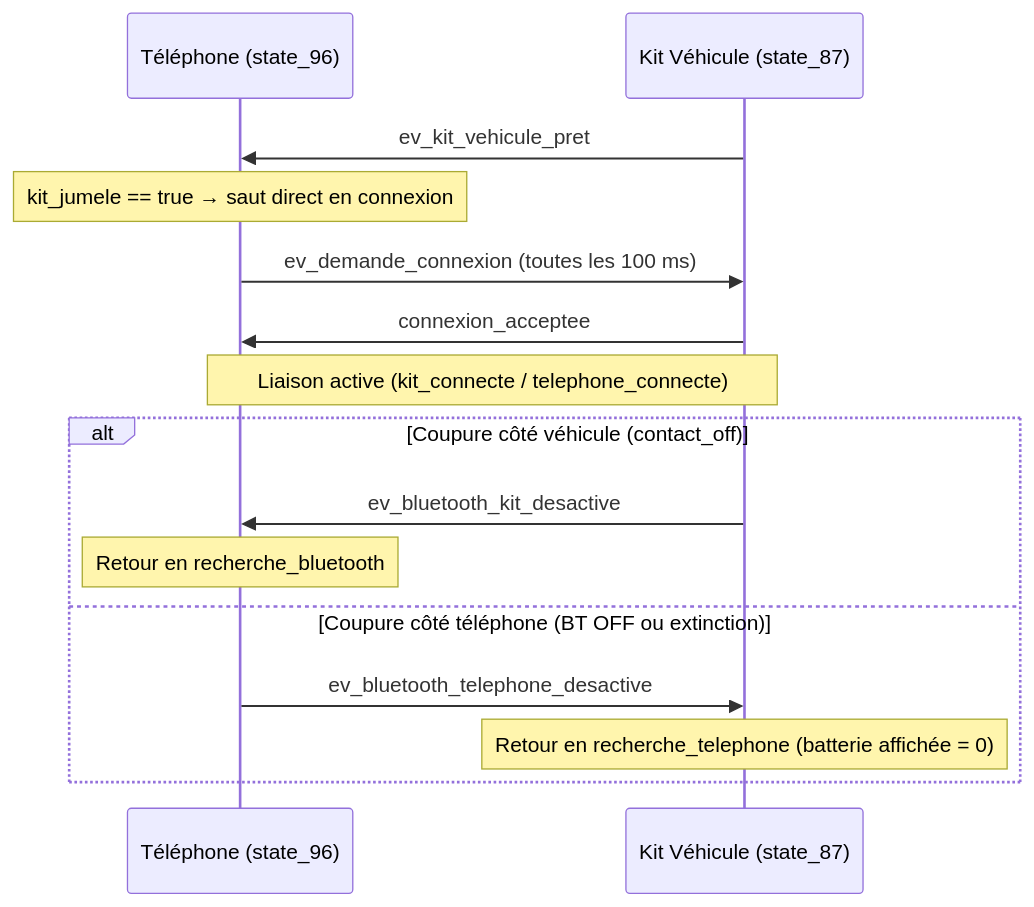
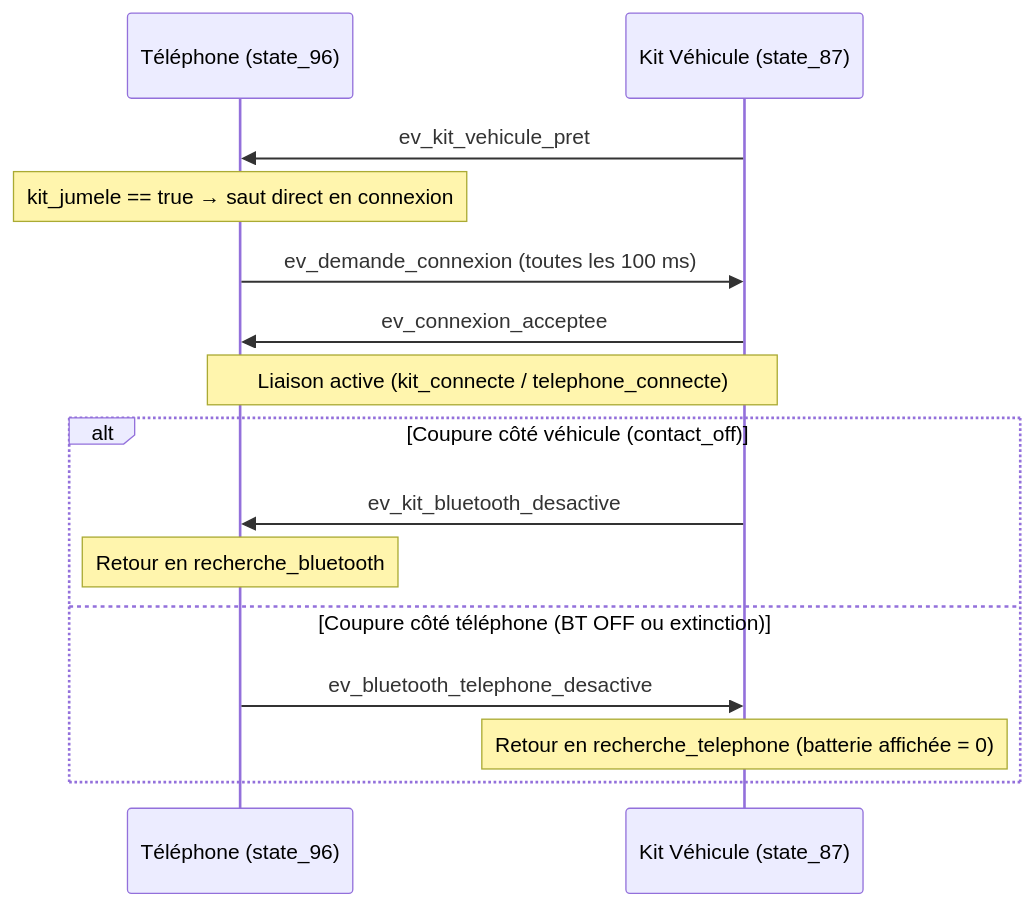
Before and after one commit to benoitdekeyn/E4SE_TD_TP: the fourth of 9 diagrams in systemes_evenements_discrets/Rapport/Rapport.md, drawn with Mermaid. The commit also changed other lines of this file and 1 other file, not shown here.

````diff
--- a/systemes_evenements_discrets/Rapport/Rapport.md
+++ b/systemes_evenements_discrets/Rapport/Rapport.md
@@ -645,19 +690,19 @@
 ```mermaid
 sequenceDiagram
     participant Tel as Téléphone (state_96)
     participant Kit as Kit Véhicule (state_87)
 
     Kit->>Tel: ev_kit_vehicule_pret
     Note over Tel: kit_jumele == true → saut direct en connexion
     Tel->>Kit: ev_demande_connexion (toutes les 100 ms)
-    Kit->>Tel: connexion_acceptee
+    Kit->>Tel: ev_connexion_acceptee
     Note over Tel,Kit: Liaison active (kit_connecte / telephone_connecte)
 
     alt Coupure côté véhicule (contact_off)
-        Kit->>Tel: ev_bluetooth_kit_desactive
+        Kit->>Tel: ev_kit_bluetooth_desactive
         Note over Tel: Retour en recherche_bluetooth
     else Coupure côté téléphone (BT OFF ou extinction)
         Tel->>Kit: ev_bluetooth_telephone_desactive
         Note over Kit: Retour en recherche_telephone (batterie affichée = 0)
     end
 ```
````
